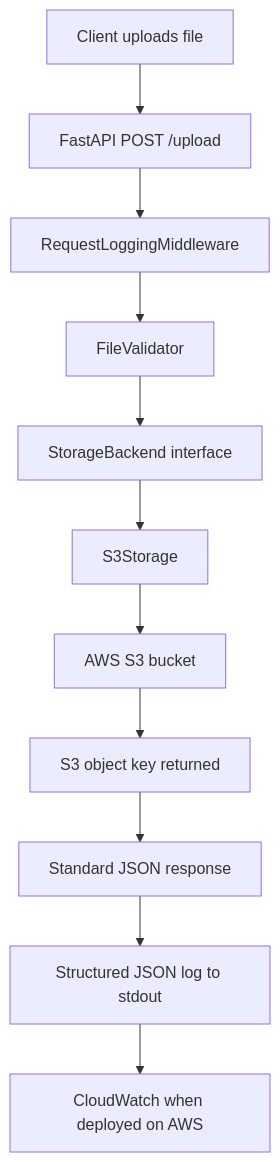
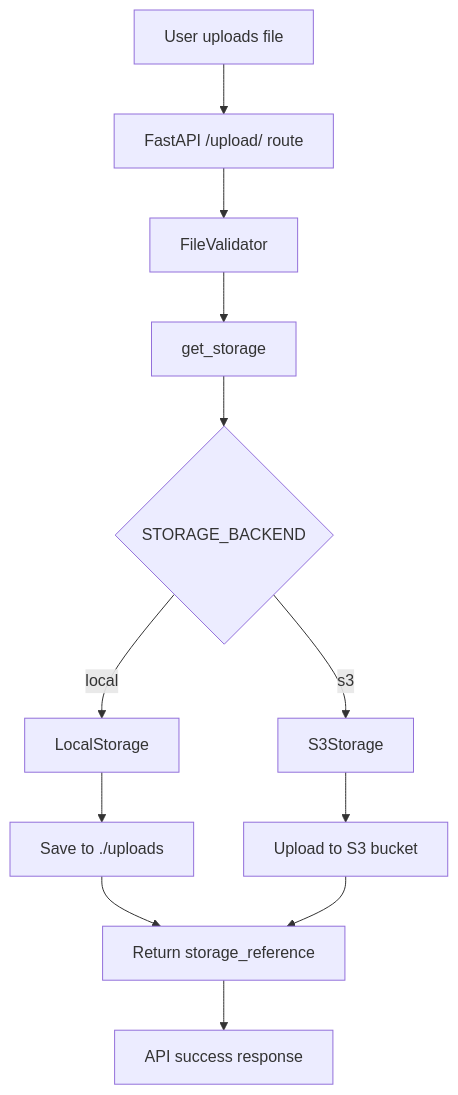
The diagram in README.md (Raktabhbhattacharjee/acessflow), drawn with Mermaid before and after one commit. The commit also changed other lines of this file and 2 other files, not shown here.

Commit message:
Add S3 test bucket scripts and clean README

````diff
--- a/README.md
+++ b/README.md
@@ -119,13 +7,14 @@
 ```mermaid
 flowchart TD
-    A[Client uploads file] --> B[FastAPI POST /upload]
-    B --> C[RequestLoggingMiddleware]
-    C --> D[FileValidator]
-    D --> E[StorageBackend interface]
-    E --> F[S3Storage]
-    F --> G[AWS S3 bucket]
-    G --> H[S3 object key returned]
-    H --> I[Standard JSON response]
-    I --> J[Structured JSON log to stdout]
-    J --> K[CloudWatch when deployed on AWS]
+    A[User uploads file] --> B[FastAPI /upload/ route]
+    B --> C[FileValidator]
+    C --> D[get_storage]
+    D --> E{STORAGE_BACKEND}
+    E -->|local| F[LocalStorage]
+    E -->|s3| G[S3Storage]
+    F --> H[Save to ./uploads]
+    G --> I[Upload to S3 bucket]
+    H --> J[Return storage_reference]
+    I --> J
+    J --> K[API success response]
 ```
````
